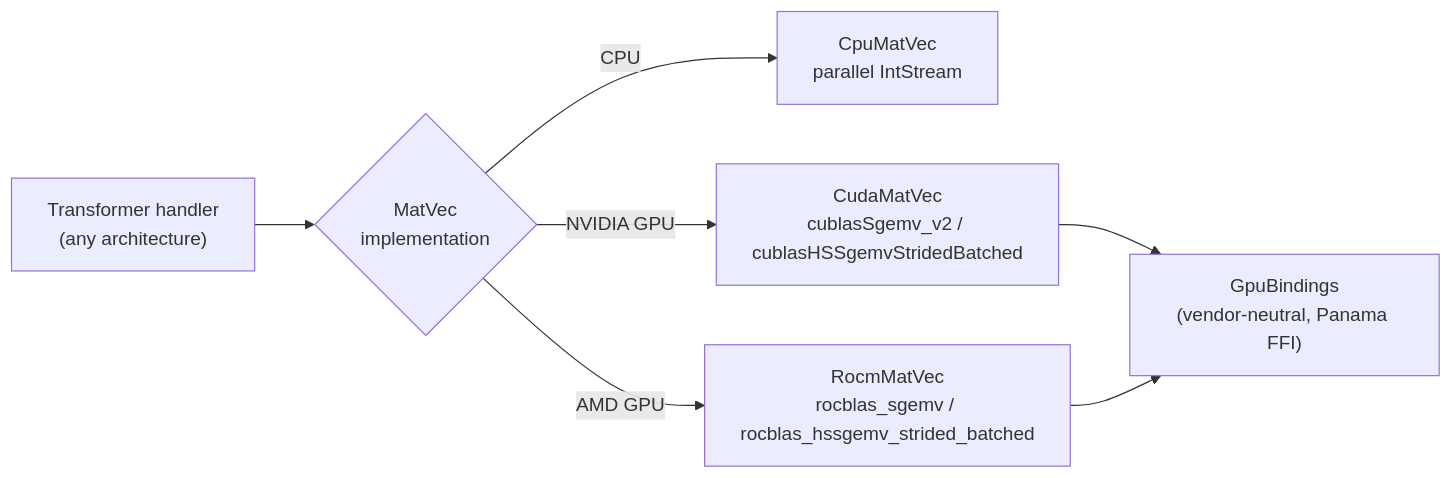
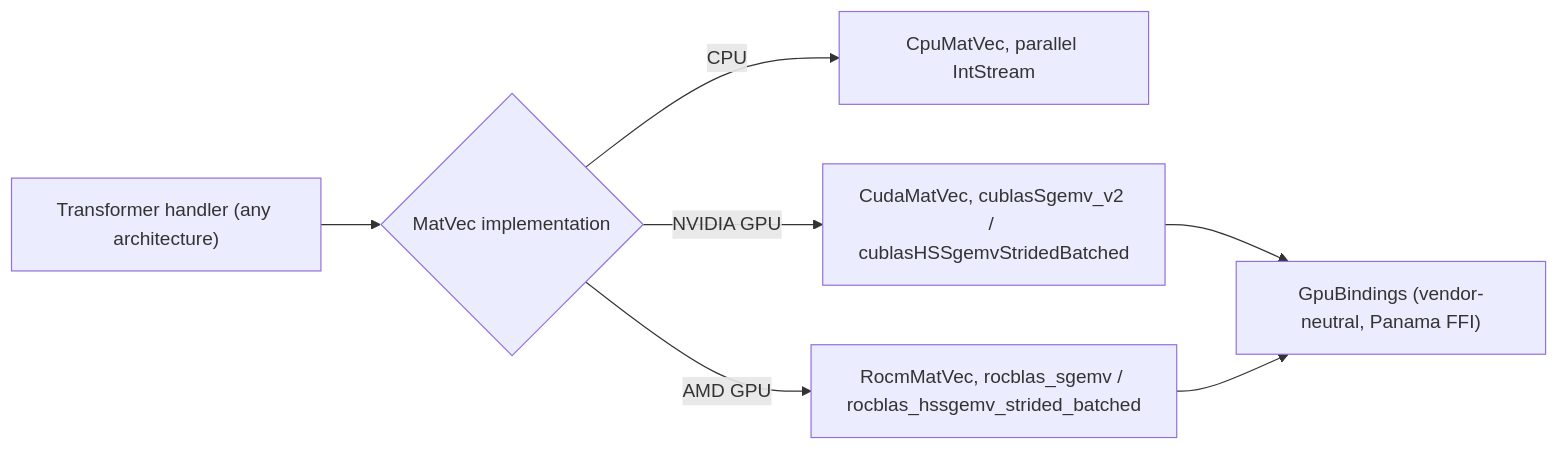
Before and after one commit to ml-cab/juno: the second of 3 diagrams in juno-documentation/part2/03-handler-routing.md, drawn with Mermaid. The commit also changed other lines of this file and 20 other files, not shown here.

Commit message:
mermaids updated, getting rid of new line character

````diff
--- a/juno-documentation/part2/03-handler-routing.md
+++ b/juno-documentation/part2/03-handler-routing.md
@@ -23,9 +23,9 @@
 ```mermaid
 flowchart LR
-    Handler["Transformer handler\n(any architecture)"] --> MV{"MatVec\nimplementation"}
-    MV -->|CPU| Cpu["CpuMatVec\nparallel IntStream"]
-    MV -->|"NVIDIA GPU"| Cuda["CudaMatVec\ncublasSgemv_v2 / cublasHSSgemvStridedBatched"]
-    MV -->|"AMD GPU"| Rocm["RocmMatVec\nrocblas_sgemv / rocblas_hssgemv_strided_batched"]
-    Cuda --> Bindings["GpuBindings\n(vendor-neutral, Panama FFI)"]
+    Handler["Transformer handler (any architecture)"] --> MV{"MatVec implementation"}
+    MV -->|CPU| Cpu["CpuMatVec, parallel IntStream"]
+    MV -->|"NVIDIA GPU"| Cuda["CudaMatVec, cublasSgemv_v2 / cublasHSSgemvStridedBatched"]
+    MV -->|"AMD GPU"| Rocm["RocmMatVec, rocblas_sgemv / rocblas_hssgemv_strided_batched"]
+    Cuda --> Bindings["GpuBindings (vendor-neutral, Panama FFI)"]
     Rocm --> Bindings
 ```
````
